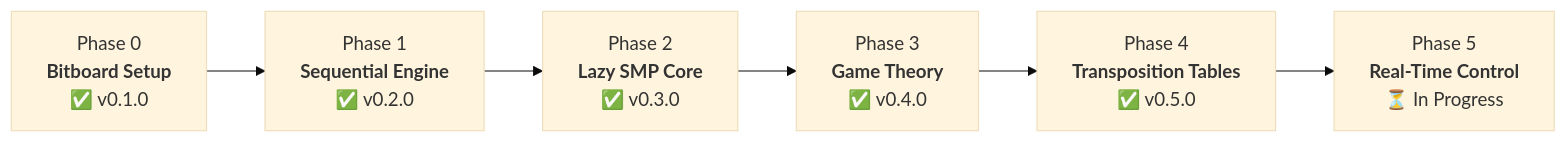
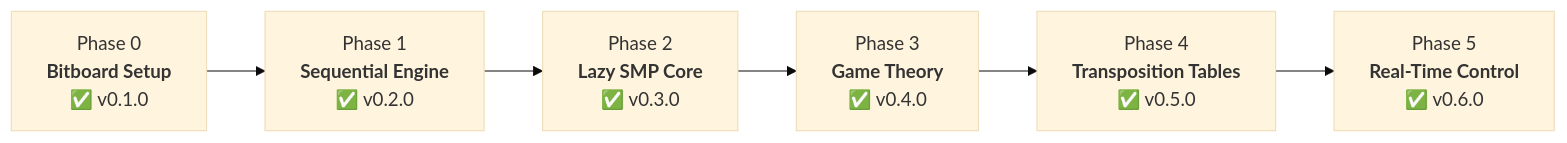
One commit to a-delavega/minimax-parallel-benchmark changed the diagram in README.md. Above: the diagram before and after it, drawn with Mermaid (base theme). The commit also changed other lines of this file, not shown here.

Commit message:
docs: finalize Phase 5 real-time control, update README with blitz benchmarks and complete roadmap

````diff
--- a/README.md
+++ b/README.md
@@ -67,8 +68,8 @@
 ```mermaid
 flowchart LR
     A["Phase 0<br/><b>Bitboard Setup</b><br/>✅ v0.1.0"] --> B["Phase 1<br/><b>Sequential Engine</b><br/>✅ v0.2.0"]
     B --> C["Phase 2<br/><b>Lazy SMP Core</b><br/>✅ v0.3.0"]
     C --> D["Phase 3<br/><b>Game Theory</b><br/>✅ v0.4.0"]
     D --> E["Phase 4<br/><b>Transposition Tables</b><br/>✅ v0.5.0"]
-    E --> F["Phase 5<br/><b>Real-Time Control</b><br/>⏳ In Progress"]
+    E --> F["Phase 5<br/><b>Real-Time Control</b><br/>✅ v0.6.0"]
 ```
````
